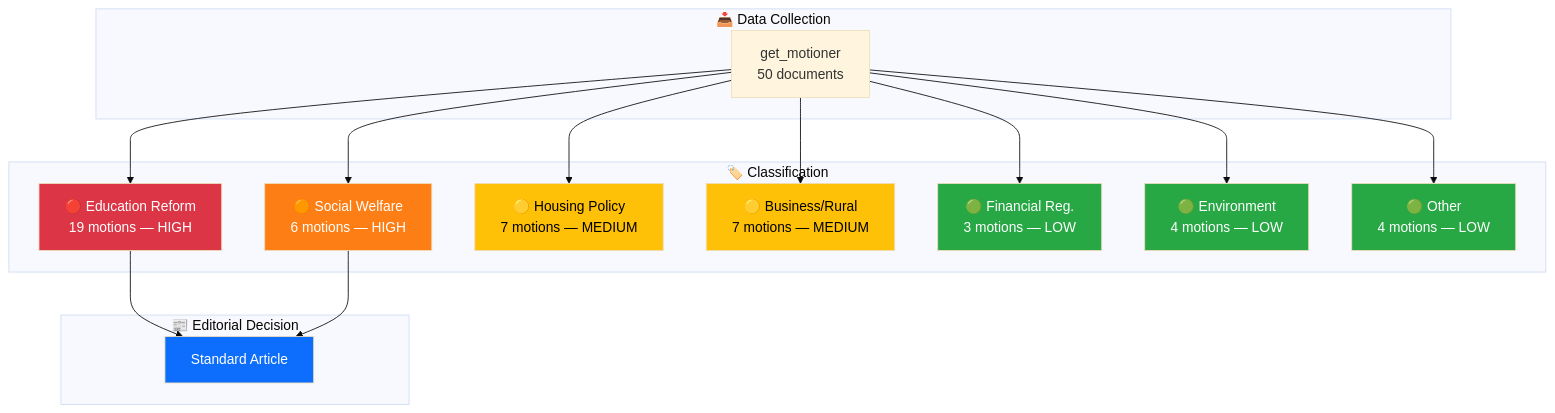
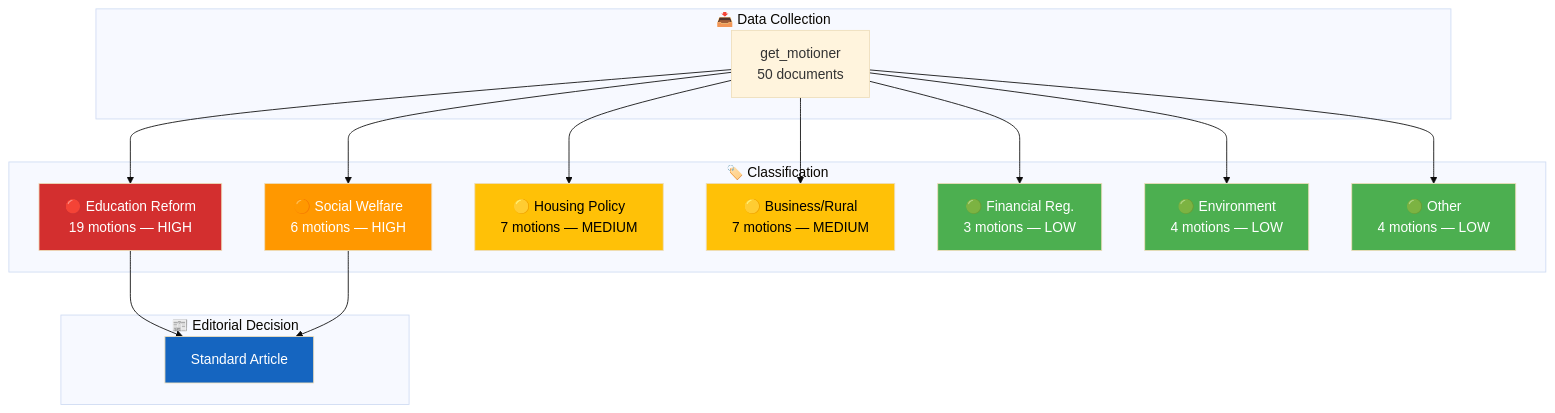
Before and after one commit to Hack23/riksdagsmonitor: the first of 2 diagrams in analysis/daily/2026-04-01/motions/synthesis-summary.md, drawn with Mermaid (base theme). The commit also changed other lines of this file and 785 other files, not shown here.

First line of the commit message:
Normalize mermaid colors across 786 analysis artifacts to ISMS Style Guide palette

````diff
--- a/analysis/daily/2026-04-01/motions/synthesis-summary.md
+++ b/analysis/daily/2026-04-01/motions/synthesis-summary.md
@@ -15,35 +15,35 @@
 ```mermaid
 graph TD
     subgraph Input["📥 Data Collection"]
         MCP["get_motioner<br/>50 documents"]
     end
     subgraph Classification["🏷️ Classification"]
         EDU["🔴 Education Reform<br/>19 motions — HIGH"]
         SOC["🟠 Social Welfare<br/>6 motions — HIGH"]
         HSG["🟡 Housing Policy<br/>7 motions — MEDIUM"]
         BIZ["🟡 Business/Rural<br/>7 motions — MEDIUM"]
         FIN["🟢 Financial Reg.<br/>3 motions — LOW"]
         ENV["🟢 Environment<br/>4 motions — LOW"]
         OTH["🟢 Other<br/>4 motions — LOW"]
     end
     subgraph Decision["📰 Editorial Decision"]
         STD["Standard Article"]
     end
     MCP --> EDU
     MCP --> SOC
     MCP --> HSG
     MCP --> BIZ
     MCP --> FIN
     MCP --> ENV
     MCP --> OTH
     EDU --> STD
     SOC --> STD
-    style EDU fill:#dc3545,color:#fff
-    style SOC fill:#fd7e14,color:#fff
-    style HSG fill:#ffc107,color:#000
-    style BIZ fill:#ffc107,color:#000
-    style FIN fill:#28a745,color:#fff
-    style ENV fill:#28a745,color:#fff
-    style OTH fill:#28a745,color:#fff
-    style STD fill:#0d6efd,color:#fff
+    style EDU fill:#D32F2F,color:#FFFFFF
+    style SOC fill:#FF9800,color:#FFFFFF
+    style HSG fill:#FFC107,color:#000000
+    style BIZ fill:#FFC107,color:#000000
+    style FIN fill:#4CAF50,color:#FFFFFF
+    style ENV fill:#4CAF50,color:#FFFFFF
+    style OTH fill:#4CAF50,color:#FFFFFF
+    style STD fill:#1565C0,color:#FFFFFF
 ```
````
